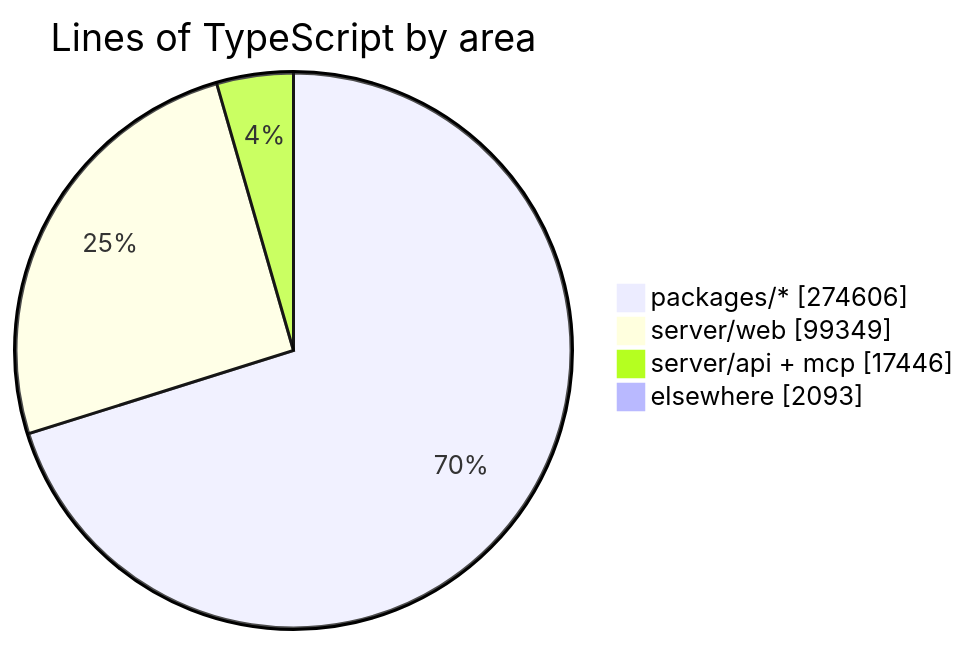
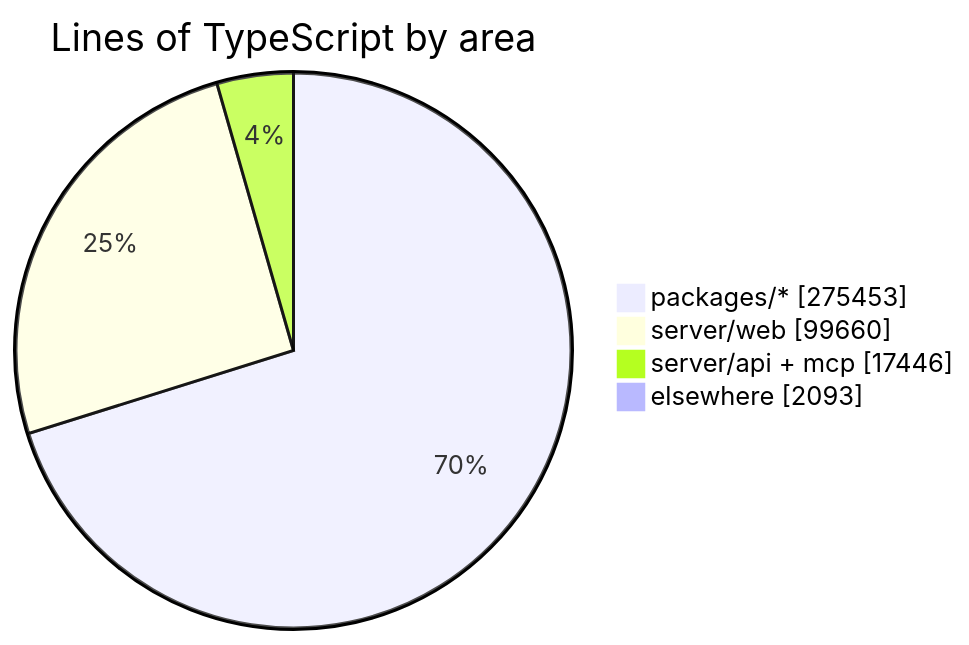
One commit to crossworks-engineering/mantle changed the diagram in README.md. Above: the diagram before and after it, drawn with Mermaid. The commit also changed other lines of this file and 2 other files, not shown here.

````diff
--- a/README.md
+++ b/README.md
@@ -294,7 +294,7 @@
 ```mermaid
 pie showData title Lines of TypeScript by area
-    "packages/*" : 274606
-    "server/web" : 99349
+    "packages/*" : 275453
+    "server/web" : 99660
     "server/api + mcp" : 17446
     "elsewhere" : 2093
 ```
````
